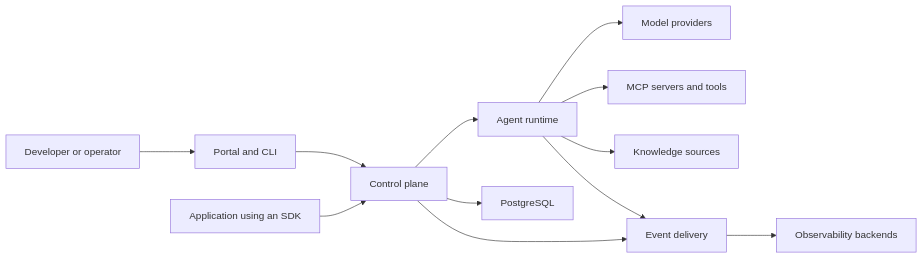
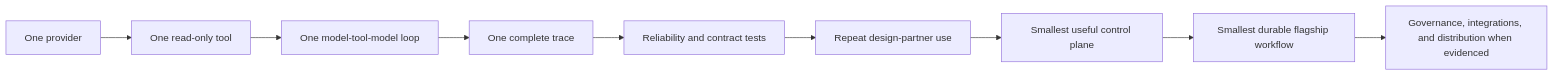
One commit to lahiruudayakumara/corex-agentos changed the first of 4 diagrams in docs/architecture/overview.md. Above: the diagram before and after it, drawn with Mermaid. The commit also changed other lines of this file and 7 other files, not shown here.

First line of the commit message:
Initialize portal application and expand comprehensive documentation (#6)

````diff
--- a/docs/architecture/overview.md
+++ b/docs/architecture/overview.md
@@ -26,14 +30,11 @@
 ```mermaid
 flowchart LR
-    User["Developer or operator"] --> Portal["Portal and CLI"]
-    SDK["Application using an SDK"] --> Control["Control plane"]
-    Portal --> Control
-    Control --> Runtime["Agent runtime"]
-    Runtime --> Models["Model providers"]
-    Runtime --> MCP["MCP servers and tools"]
-    Runtime --> Knowledge["Knowledge sources"]
-    Control --> Data["PostgreSQL"]
-    Control --> Events["Event delivery"]
-    Runtime --> Events
-    Events --> Telemetry["Observability backends"]
+    First["One provider"] --> Second["One read-only tool"]
+    Second --> Third["One model-tool-model loop"]
+    Third --> Fourth["One complete trace"]
+    Fourth --> Reliable["Reliability and contract tests"]
+    Reliable --> Evidence["Repeat design-partner use"]
+    Evidence --> Control["Smallest useful control plane"]
+    Control --> Workflow["Smallest durable flagship workflow"]
+    Workflow --> Scale["Governance, integrations, and distribution when evidenced"]
 ```
````
